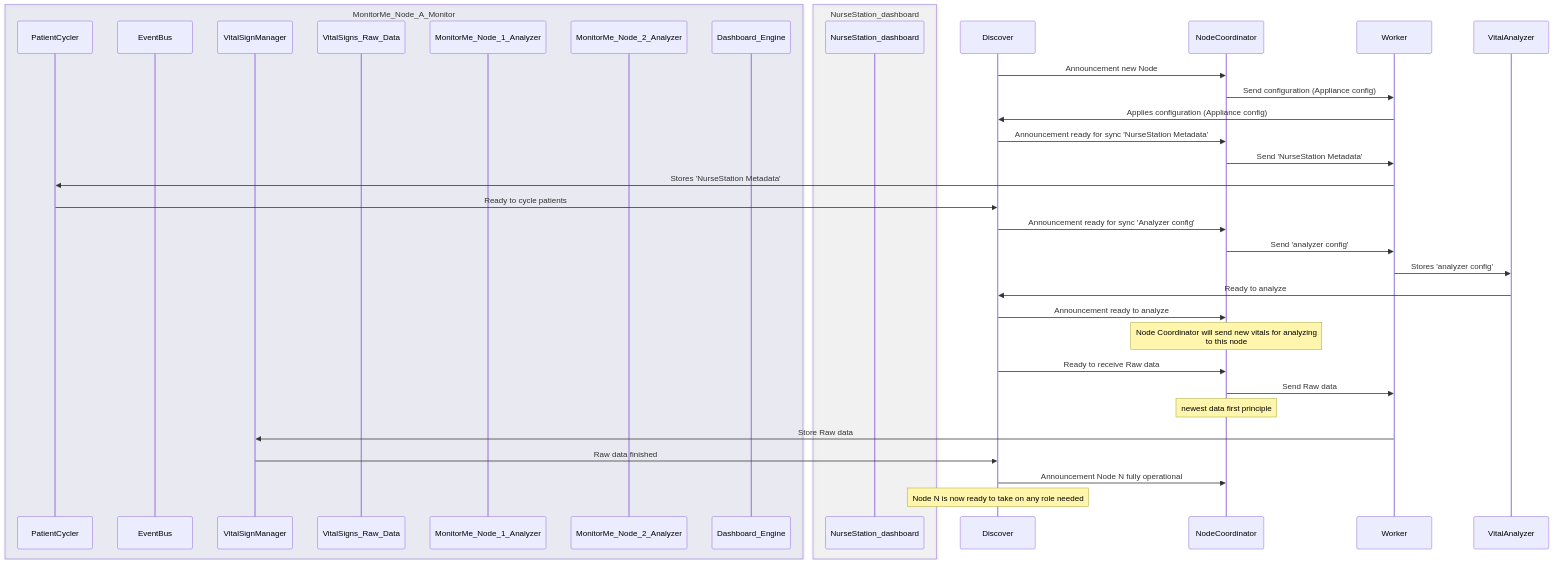
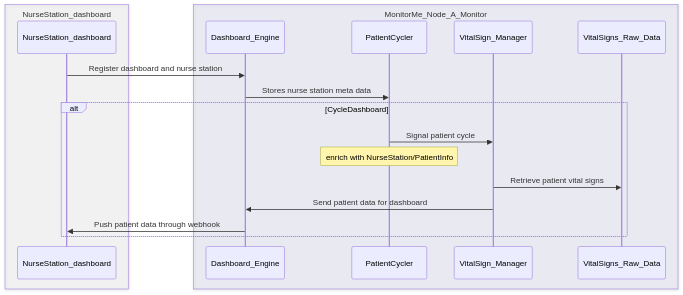
Before and after one commit to CoolProfsJeroenB/TeamLowCode-Katas2024: the first of 3 diagrams in README.md, drawn with Mermaid. The commit also changed other lines of this file, not shown here.

````diff
--- a/README.md
+++ b/README.md
@@ -578,41 +538,26 @@
 ``` mermaid
 sequenceDiagram
 
+    box rgb(240,240,240,0.2) NurseStation_dashboard
+    Participant NurseStation_dashboard
+    end
+
     box rgb(200,200,240,0.2) MonitorMe_Node_A_Monitor
+    Participant Dashboard_Engine
     Participant PatientCycler
-    participant EventBus
-    Participant VitalSignManager
+    Participant VitalSign_Manager
     Participant VitalSigns_Raw_Data
-    Participant MonitorMe_Node_1_Analyzer
-    Participant MonitorMe_Node_2_Analyzer
-    Participant Dashboard_Engine
 
     end
 
-    box rgb(240,240,240,0.2) NurseStation_dashboard
-    Participant NurseStation_dashboard
-
+    NurseStation_dashboard->>Dashboard_Engine: Register dashboard and nurse station
+    Dashboard_Engine->>PatientCycler: Stores nurse station meta data
+    alt CycleDashboard
+        PatientCycler->>VitalSign_Manager: Signal patient cycle
+        Note over PatientCycler: enrich with NurseStation/PatientInfo
+        VitalSign_Manager->>VitalSigns_Raw_Data: Retrieve patient vital signs
+        VitalSign_Manager->>Dashboard_Engine: Send patient data for dashboard    
+        Dashboard_Engine->>NurseStation_dashboard: Push patient data through webhook
     end
 
-    Discover->>NodeCoordinator: Announcement new Node
-    NodeCoordinator->>Worker: Send configuration (Appliance config)
-    Worker->>Discover: Applies configuration (Appliance config)
-    Discover->>NodeCoordinator: Announcement ready for sync 'NurseStation Metadata'
-    NodeCoordinator->>Worker: Send 'NurseStation Metadata'
-    Worker->>PatientCycler: Stores 'NurseStation Metadata'
-    PatientCycler->>Discover: Ready to cycle patients
-    Discover->>NodeCoordinator: Announcement ready for sync 'Analyzer config'
-    NodeCoordinator->>Worker: Send 'analyzer config'
-    Worker->>VitalAnalyzer: Stores 'analyzer config'
-    VitalAnalyzer->>Discover: Ready to analyze
-    Discover->>NodeCoordinator: Announcement ready to analyze
-    Note over NodeCoordinator: Node Coordinator will send new vitals for analyzing<br> to this node
-    Discover->>NodeCoordinator: Ready to receive Raw data
-    NodeCoordinator->>Worker: Send Raw data
-    Note over NodeCoordinator: newest data first principle
-    Worker->>VitalSignManager: Store Raw data
-    VitalSignManager->>Discover: Raw data finished
-    Discover->>NodeCoordinator: Announcement Node N fully operational
-    Note over Discover: Node N is now ready to take on any role needed
-    
 ```
````
